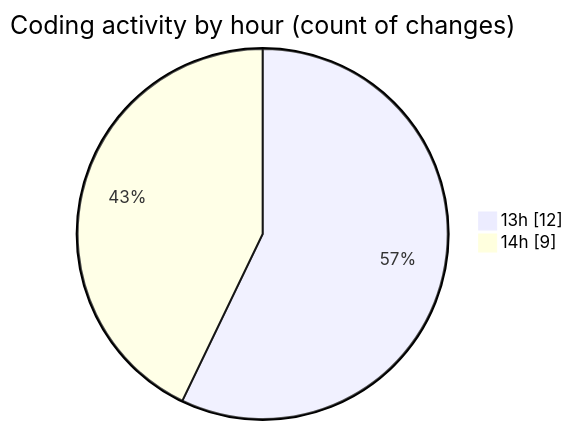
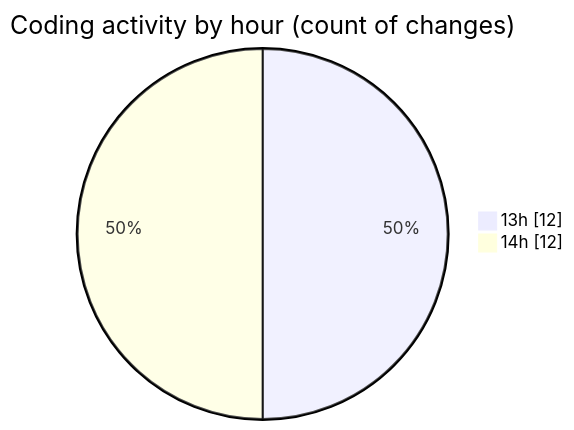
Before and after one commit to charlie-sans/code-tracking: the second of 2 diagrams in 2025-03-15/sharpmasm/README.md, drawn with Mermaid. The commit also changed other lines of this file and 1 other file, not shown here.

````diff
--- a/2025-03-15/sharpmasm/README.md
+++ b/2025-03-15/sharpmasm/README.md
@@ -36,6 +37,6 @@
 ```mermaid
 pie showData
 title Coding activity by hour (count of changes)
 "13h" : 12
-"14h" : 9
+"14h" : 12
 ```
````
